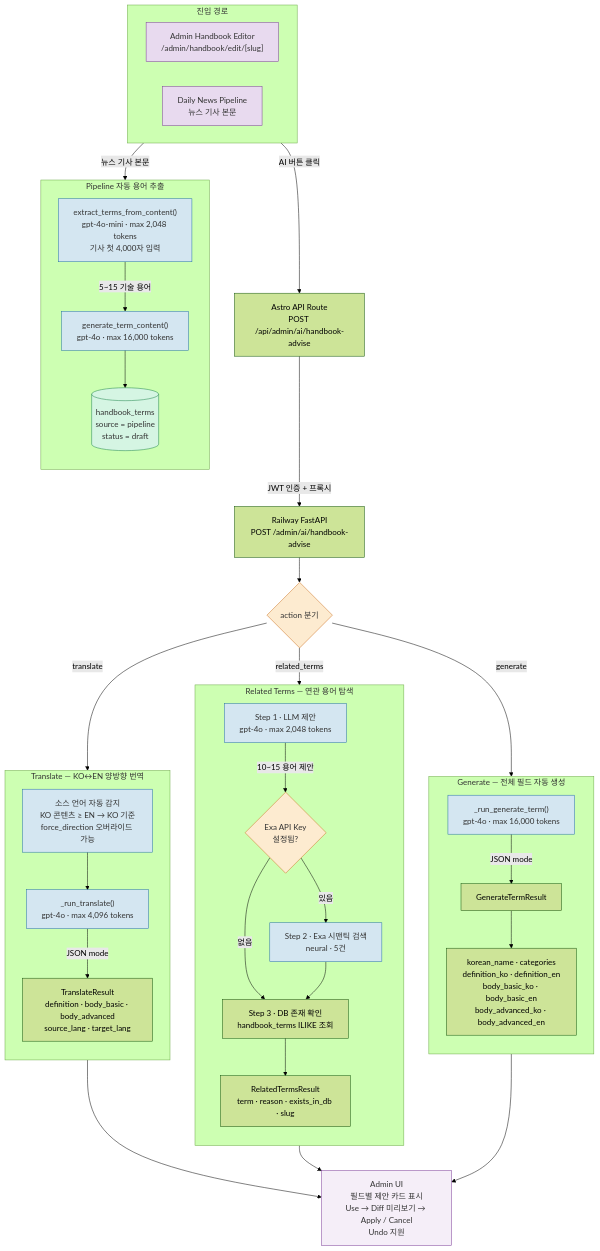
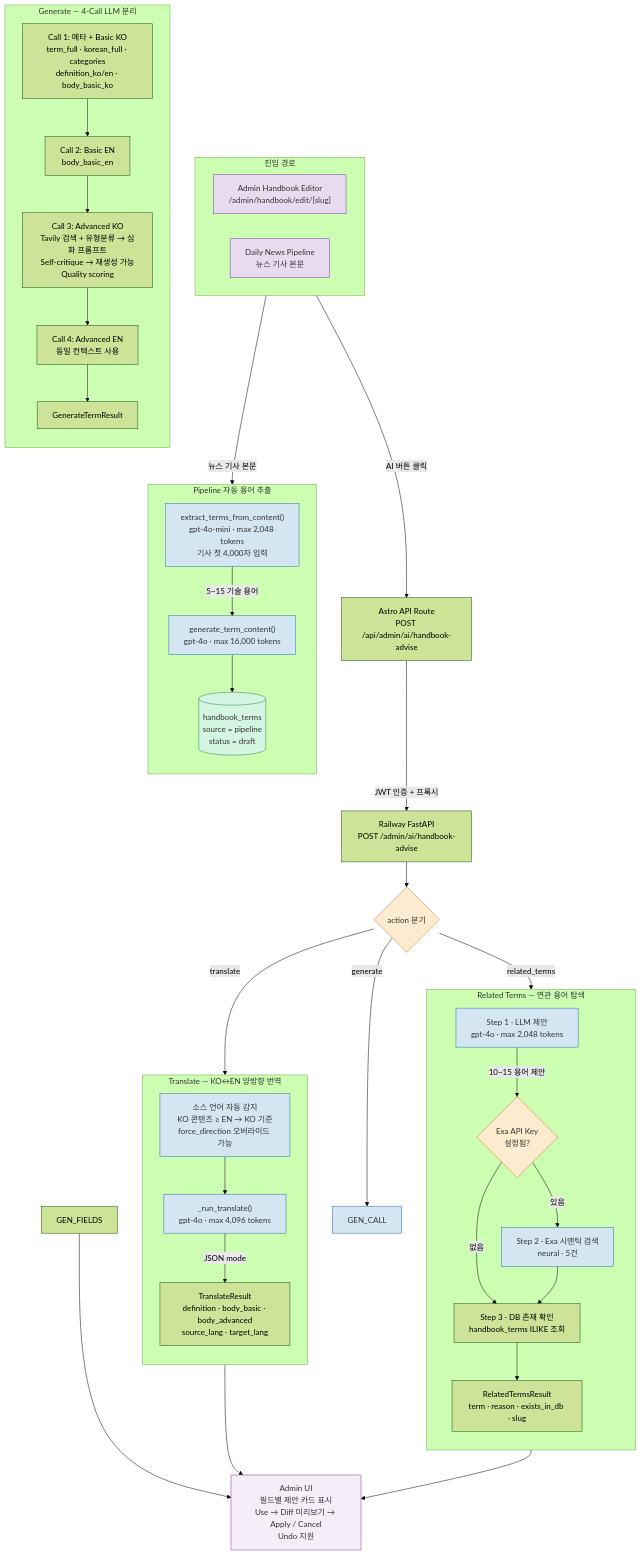
One commit to x0to1log/0to1log changed the first of 3 diagrams in vault/04-AI-System/AI-Handbook-Pipeline-Overview.md. Above: the diagram before and after it, drawn with Mermaid (forest theme). The commit also changed other lines of this file and 24 other files, not shown here.

````diff
--- a/vault/04-AI-System/AI-Handbook-Pipeline-Overview.md
+++ b/vault/04-AI-System/AI-Handbook-Pipeline-Overview.md
@@ -17,73 +17,76 @@
 ```mermaid
 graph TD
     %% ── 두 가지 진입 경로 ──
     subgraph ENTRY ["진입 경로"]
         direction LR
         ADMIN["Admin Handbook Editor<br/>/admin/handbook/edit/[slug]"]
         PIPE["Daily News Pipeline<br/>뉴스 기사 본문"]
     end
 
     %% ── Admin 어드바이저 경로 ──
     ADMIN -->|"AI 버튼 클릭"| PROXY["Astro API Route<br/>POST /api/admin/ai/handbook-advise"]
     PROXY -->|"JWT 인증 + 프록시"| BACKEND["Railway FastAPI<br/>POST /admin/ai/handbook-advise"]
     BACKEND --> DISPATCH{"action 분기"}
 
     %% ── Action 1: Generate ──
-    subgraph GEN ["Generate — 전체 필드 자동 생성"]
+    subgraph GEN ["Generate — 4-Call LLM 분리"]
         direction TB
-        GEN_CALL["_run_generate_term()<br/>gpt-4o · max 16,000 tokens"]
-        GEN_CALL -->|"JSON mode"| GEN_OUT["GenerateTermResult"]
-        GEN_OUT --> GEN_FIELDS["korean_name · categories<br/>definition_ko · definition_en<br/>body_basic_ko · body_basic_en<br/>body_advanced_ko · body_advanced_en"]
+        GEN_C1["Call 1: 메타 + Basic KO<br/>term_full · korean_full · categories<br/>definition_ko/en · body_basic_ko"]
+        GEN_C2["Call 2: Basic EN<br/>body_basic_en"]
+        GEN_C3["Call 3: Advanced KO<br/>Tavily 검색 + 유형분류 → 심화 프롬프트<br/>Self-critique → 재생성 가능<br/>Quality scoring"]
+        GEN_C4["Call 4: Advanced EN<br/>동일 컨텍스트 사용"]
+        GEN_C1 --> GEN_C2 --> GEN_C3 --> GEN_C4
+        GEN_C4 --> GEN_OUT["GenerateTermResult"]
     end
 
     %% ── Action 2: Related Terms ──
     subgraph REL ["Related Terms — 연관 용어 탐색"]
         direction TB
         REL_LLM["Step 1 · LLM 제안<br/>gpt-4o · max 2,048 tokens"]
         REL_LLM -->|"10~15 용어 제안"| REL_EXA{"Exa API Key<br/>설정됨?"}
         REL_EXA -->|"있음"| REL_SEARCH["Step 2 · Exa 시맨틱 검색<br/>neural · 5건"]
         REL_EXA -->|"없음"| REL_DB
         REL_SEARCH --> REL_DB["Step 3 · DB 존재 확인<br/>handbook_terms ILIKE 조회"]
         REL_DB --> REL_OUT["RelatedTermsResult<br/>term · reason · exists_in_db · slug"]
     end
 
     %% ── Action 3: Translate ──
     subgraph TRANS ["Translate — KO↔EN 양방향 번역"]
         direction TB
         TRANS_DETECT["소스 언어 자동 감지<br/>KO 콘텐츠 ≥ EN → KO 기준<br/>force_direction 오버라이드 가능"]
         TRANS_DETECT --> TRANS_CALL["_run_translate()<br/>gpt-4o · max 4,096 tokens"]
         TRANS_CALL -->|"JSON mode"| TRANS_OUT["TranslateResult<br/>definition · body_basic · body_advanced<br/>source_lang · target_lang"]
     end
 
     DISPATCH -->|"generate"| GEN_CALL
     DISPATCH -->|"related_terms"| REL_LLM
     DISPATCH -->|"translate"| TRANS_DETECT
 
     %% ── 결과 → Admin UI ──
     GEN_FIELDS --> UI_RESULT
     REL_OUT --> UI_RESULT
     TRANS_OUT --> UI_RESULT
     UI_RESULT["Admin UI<br/>필드별 제안 카드 표시<br/>Use → Diff 미리보기 → Apply / Cancel<br/>Undo 지원"]
 
     %% ── 파이프라인 자동 추출 경로 ──
     subgraph PIPE_FLOW ["Pipeline 자동 용어 추출"]
         direction TB
         EXTRACT["extract_terms_from_content()<br/>gpt-4o-mini · max 2,048 tokens<br/>기사 첫 4,000자 입력"]
         EXTRACT -->|"5~15 기술 용어"| GEN_AUTO["generate_term_content()<br/>gpt-4o · max 16,000 tokens"]
         GEN_AUTO --> SAVE_TERM[("handbook_terms<br/>source = pipeline<br/>status = draft")]
     end
     PIPE -->|"뉴스 기사 본문"| EXTRACT
 
     %% ── Styling ──
     classDef entry fill:#e8daef,stroke:#7d3c98,color:#333
     classDef ai fill:#d4e6f1,stroke:#2471a3,color:#333
     classDef storage fill:#d5f5e3,stroke:#1e8449,color:#333
     classDef decision fill:#fdebd0,stroke:#ca6f1e,color:#333
     classDef ui fill:#f5eef8,stroke:#7d3c98,color:#333
 
     class ADMIN,PIPE entry
     class GEN_CALL,REL_LLM,REL_SEARCH,TRANS_CALL,TRANS_DETECT,EXTRACT,GEN_AUTO ai
     class SAVE_TERM storage
     class DISPATCH,REL_EXA decision
     class UI_RESULT ui
 ```
````
